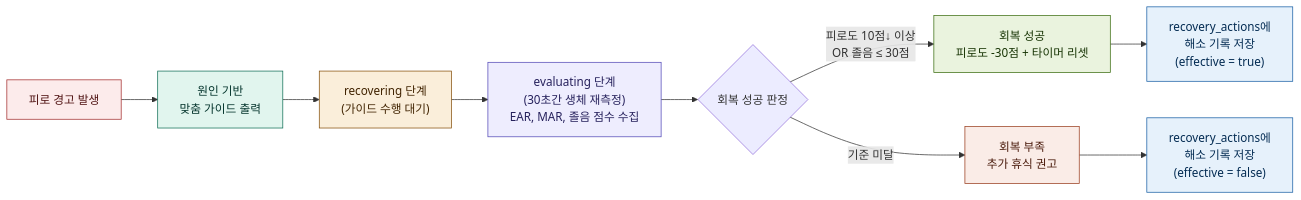
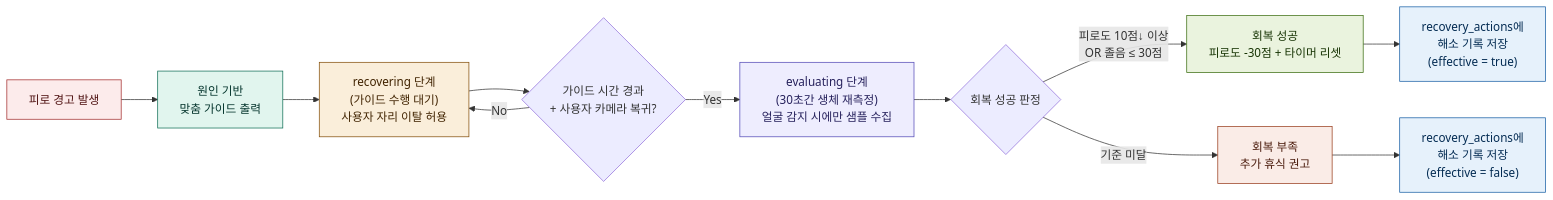
One commit to pgh165/capstone changed the seventh of 12 diagrams in project.md. Above: the diagram before and after it, drawn with Mermaid. The commit also changed other lines of this file and 3 other files, not shown here.

````diff
--- a/project.md
+++ b/project.md
@@ -582,20 +582,22 @@
 ```mermaid
 flowchart LR
     ALERT["피로 경고 발생"] --> GUIDE["원인 기반<br/>맞춤 가이드 출력"]
-    GUIDE --> RECOVER["recovering 단계<br/>(가이드 수행 대기)"]
-    RECOVER --> EVAL["evaluating 단계<br/>(30초간 생체 재측정)<br/>EAR, MAR, 졸음 점수 수집"]
+    GUIDE --> RECOVER["recovering 단계<br/>(가이드 수행 대기)<br/>사용자 자리 이탈 허용"]
+    RECOVER --> FACE{"가이드 시간 경과<br/>+ 사용자 카메라 복귀?"}
+    FACE -- No --> RECOVER
+    FACE -- Yes --> EVAL["evaluating 단계<br/>(30초간 생체 재측정)<br/>얼굴 감지 시에만 샘플 수집"]
     EVAL --> JUDGE{"회복 성공 판정"}
     JUDGE -- "피로도 10점↓ 이상<br/>OR 졸음 ≤ 30점" --> SUCCESS["회복 성공<br/>피로도 -30점 + 타이머 리셋"]
     JUDGE -- "기준 미달" --> FAIL["회복 부족<br/>추가 휴식 권고"]
     SUCCESS --> LOG["recovery_actions에<br/>해소 기록 저장<br/>(effective = true)"]
     FAIL --> LOG2["recovery_actions에<br/>해소 기록 저장<br/>(effective = false)"]
 
     style ALERT fill:#FCEBEB,stroke:#A32D2D,color:#501313
     style GUIDE fill:#E1F5EE,stroke:#0F6E56,color:#04342C
     style RECOVER fill:#FAEEDA,stroke:#854F0B,color:#412402
     style EVAL fill:#EEEDFE,stroke:#534AB7,color:#26215C
     style SUCCESS fill:#EAF3DE,stroke:#3B6D11,color:#173404
     style FAIL fill:#FAECE7,stroke:#993C1D,color:#4A1B0C
     style LOG fill:#E6F1FB,stroke:#185FA5,color:#042C53
     style LOG2 fill:#E6F1FB,stroke:#185FA5,color:#042C53
 ```
````
